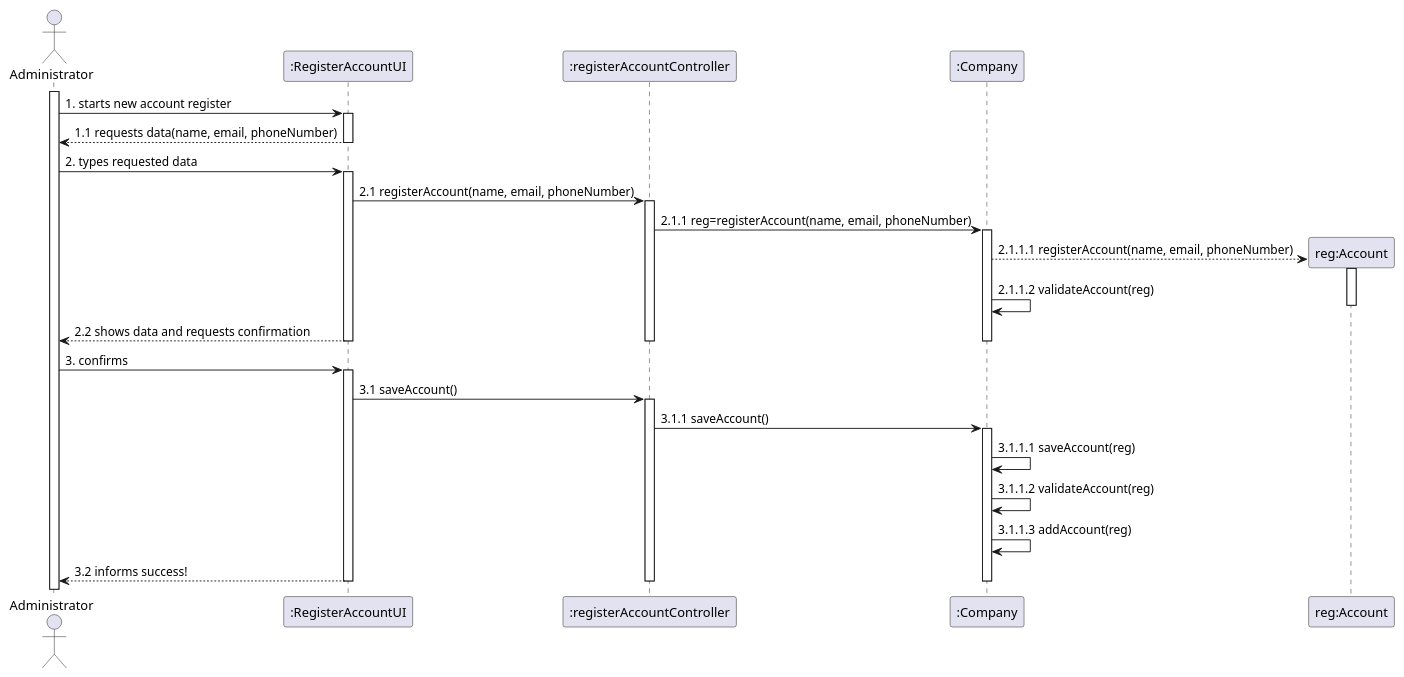
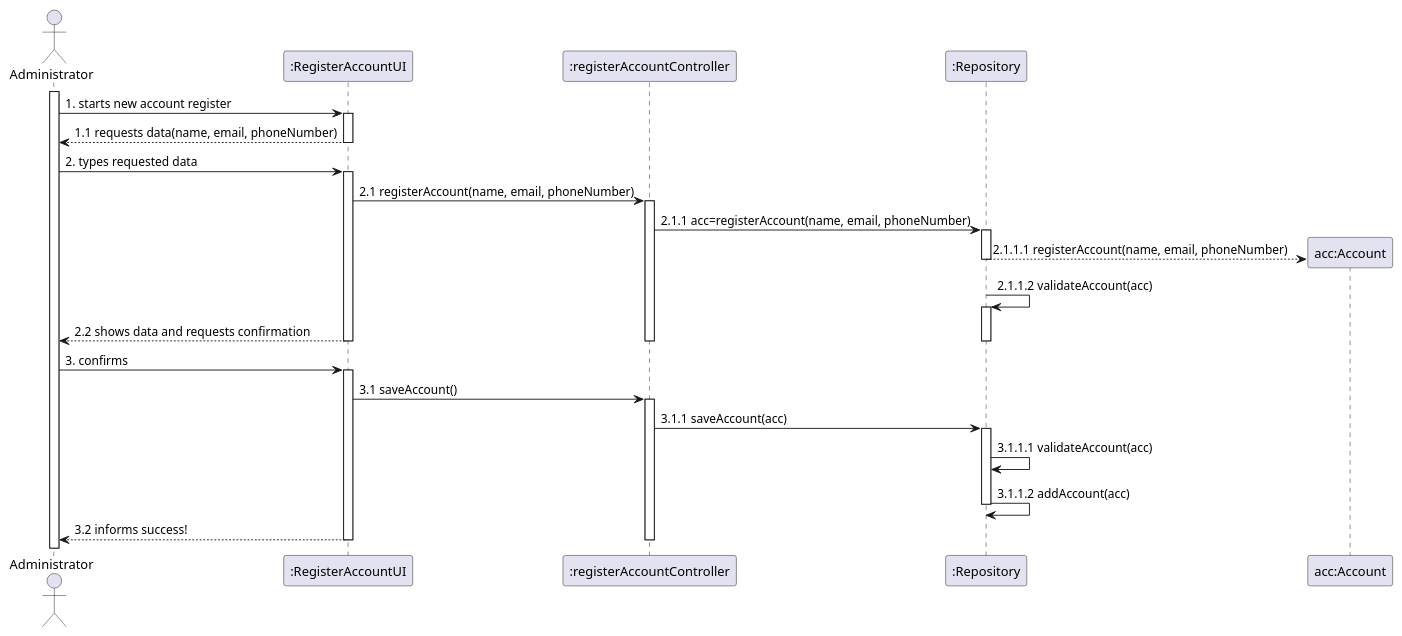
The diagram in docs/modelling_design/user_stories/us002/US002_Sequence_Diagram.puml (Loracline/project_switch_22-23), drawn with PlantUML before and after one commit. The commit also changed other lines of this file and 1 other file, not shown here.

Commit message:
US002 : Design : Updating System Sequence Diagram and Sequence Diagram (use case:  to register an account)

```diff
--- a/docs/modelling_design/user_stories/us002/US002_Sequence_Diagram.puml
+++ b/docs/modelling_design/user_stories/us002/US002_Sequence_Diagram.puml
@@ -1,44 +1,43 @@
 @startuml
 actor Administrator
 participant ":RegisterAccountUI" as ui
 participant ":registerAccountController" as controller
-participant ":Company" as company
-participant "reg:Account" as account
+participant ":Repository" as repository
+participant "acc:Account" as account
 
 activate Administrator
 Administrator -> ui: 1. starts new account register
 activate ui
 ui --> Administrator: 1.1 requests data(name, email, phoneNumber)
 deactivate ui
 Administrator -> ui: 2. types requested data
 activate ui
 ui -> controller: 2.1 registerAccount(name, email, phoneNumber)
 activate controller
-controller -> company: 2.1.1 reg=registerAccount(name, email, phoneNumber)
-activate company
+controller -> repository: 2.1.1 acc=registerAccount(name, email, phoneNumber)
+activate repository
 create account
-company --> account: 2.1.1.1 registerAccount(name, email, phoneNumber)
-activate account
-company -> company: 2.1.1.2 validateAccount(reg)
-deactivate account
+repository --> account: 2.1.1.1 registerAccount(name, email, phoneNumber)
+deactivate repository
+repository -> repository: 2.1.1.2 validateAccount(acc)
+activate repository
 ui --> Administrator: 2.2 shows data and requests confirmation
 deactivate controller
-deactivate company
+deactivate repository
 deactivate ui
 Administrator -> ui: 3. confirms
 activate ui
 ui -> controller: 3.1 saveAccount()
 activate controller
-controller -> company: 3.1.1 saveAccount()
-activate company
-company -> company: 3.1.1.1 saveAccount(reg)
-company -> company: 3.1.1.2 validateAccount(reg)
-company -> company: 3.1.1.3 addAccount(reg)
+controller -> repository: 3.1.1 saveAccount(acc)
+activate repository
+repository -> repository: 3.1.1.1 validateAccount(acc)
+repository -> repository: 3.1.1.2 addAccount(acc)
+deactivate repository
+ui --> Administrator: 3.2 informs success!
 
-ui --> Administrator: 3.2 informs success!
-deactivate company
 deactivate controller
 deactivate ui
 
 
 @enduml
```
